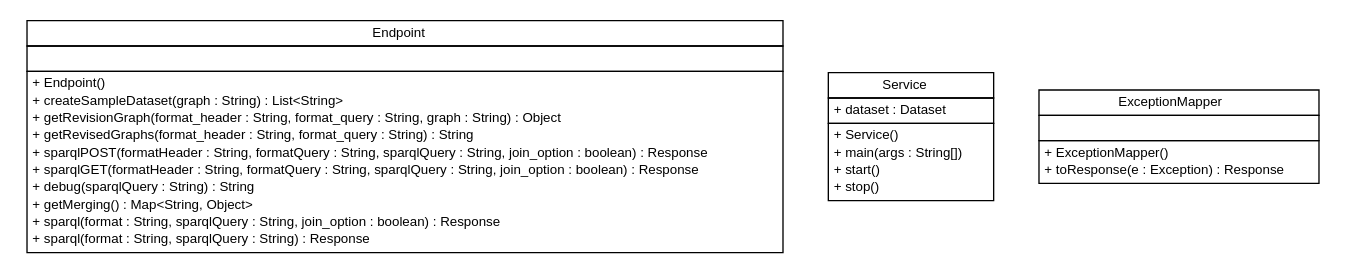
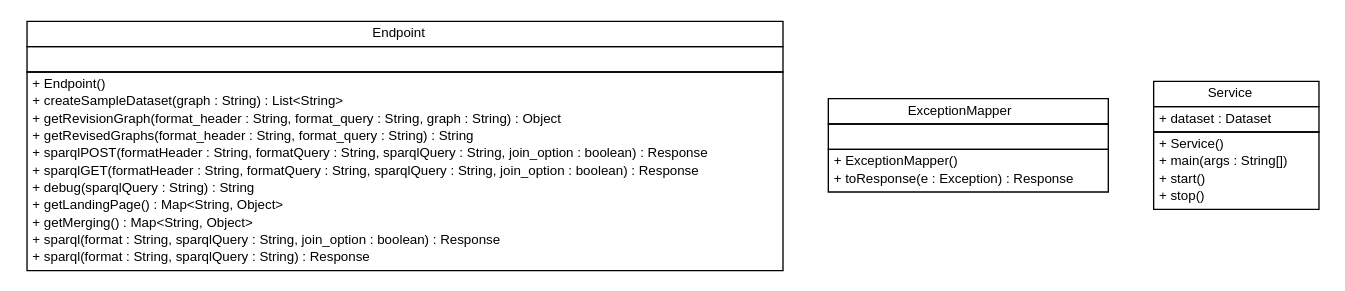
Before and after one commit to adrianorzyszek/r43ples: the diagram in site/apidocs/de/tud/plt/r43ples/webservice/de.tud.plt.r43ples.webservice.dot, drawn with Graphviz. The commit also changed 249 other files, not shown here.

```diff
--- a/site/apidocs/de/tud/plt/r43ples/webservice/de.tud.plt.r43ples.webservice.dot
+++ b/site/apidocs/de/tud/plt/r43ples/webservice/de.tud.plt.r43ples.webservice.dot
@@ -1,61 +1,62 @@
 #!/usr/local/bin/dot
 #
 # Class diagram 
 # Generated by UMLGraph version R5_6-24-gf6e263 (http://www.umlgraph.org/)
 #
 
 digraph G {
 	edge [fontname="Helvetica",fontsize=10,labelfontname="Helvetica",labelfontsize=10];
 	node [fontname="Helvetica",fontsize=10,shape=plaintext];
 	nodesep=0.25;
 	ranksep=0.5;
 	// de.tud.plt.r43ples.webservice.Endpoint
-	c169 [label=<<table title="de.tud.plt.r43ples.webservice.Endpoint" border="0" cellborder="1" cellspacing="0" cellpadding="2" port="p" href="./Endpoint.html">
+	c0 [label=<<table title="de.tud.plt.r43ples.webservice.Endpoint" border="0" cellborder="1" cellspacing="0" cellpadding="2" port="p" href="./Endpoint.html">
 		<tr><td><table border="0" cellspacing="0" cellpadding="1">
 <tr><td align="center" balign="center"> Endpoint </td></tr>
 		</table></td></tr>
 		<tr><td><table border="0" cellspacing="0" cellpadding="1">
 <tr><td align="left" balign="left">  </td></tr>
 		</table></td></tr>
 		<tr><td><table border="0" cellspacing="0" cellpadding="1">
 <tr><td align="left" balign="left"> + Endpoint() </td></tr>
 <tr><td align="left" balign="left"> + createSampleDataset(graph : String) : List&lt;String&gt; </td></tr>
 <tr><td align="left" balign="left"> + getRevisionGraph(format_header : String, format_query : String, graph : String) : Object </td></tr>
 <tr><td align="left" balign="left"> + getRevisedGraphs(format_header : String, format_query : String) : String </td></tr>
 <tr><td align="left" balign="left"> + sparqlPOST(formatHeader : String, formatQuery : String, sparqlQuery : String, join_option : boolean) : Response </td></tr>
 <tr><td align="left" balign="left"> + sparqlGET(formatHeader : String, formatQuery : String, sparqlQuery : String, join_option : boolean) : Response </td></tr>
 <tr><td align="left" balign="left"> + debug(sparqlQuery : String) : String </td></tr>
+<tr><td align="left" balign="left"> + getLandingPage() : Map&lt;String, Object&gt; </td></tr>
 <tr><td align="left" balign="left"> + getMerging() : Map&lt;String, Object&gt; </td></tr>
 <tr><td align="left" balign="left"> + sparql(format : String, sparqlQuery : String, join_option : boolean) : Response </td></tr>
 <tr><td align="left" balign="left"> + sparql(format : String, sparqlQuery : String) : Response </td></tr>
 		</table></td></tr>
 		</table>>, URL="./Endpoint.html", fontname="Helvetica", fontcolor="black", fontsize=10.0];
+	// de.tud.plt.r43ples.webservice.ExceptionMapper
+	c1 [label=<<table title="de.tud.plt.r43ples.webservice.ExceptionMapper" border="0" cellborder="1" cellspacing="0" cellpadding="2" port="p" href="./ExceptionMapper.html">
+		<tr><td><table border="0" cellspacing="0" cellpadding="1">
+<tr><td align="center" balign="center"> ExceptionMapper </td></tr>
+		</table></td></tr>
+		<tr><td><table border="0" cellspacing="0" cellpadding="1">
+<tr><td align="left" balign="left">  </td></tr>
+		</table></td></tr>
+		<tr><td><table border="0" cellspacing="0" cellpadding="1">
+<tr><td align="left" balign="left"> + ExceptionMapper() </td></tr>
+<tr><td align="left" balign="left"> + toResponse(e : Exception) : Response </td></tr>
+		</table></td></tr>
+		</table>>, URL="./ExceptionMapper.html", fontname="Helvetica", fontcolor="black", fontsize=10.0];
 	// de.tud.plt.r43ples.webservice.Service
-	c170 [label=<<table title="de.tud.plt.r43ples.webservice.Service" border="0" cellborder="1" cellspacing="0" cellpadding="2" port="p" href="./Service.html">
+	c2 [label=<<table title="de.tud.plt.r43ples.webservice.Service" border="0" cellborder="1" cellspacing="0" cellpadding="2" port="p" href="./Service.html">
 		<tr><td><table border="0" cellspacing="0" cellpadding="1">
 <tr><td align="center" balign="center"> Service </td></tr>
 		</table></td></tr>
 		<tr><td><table border="0" cellspacing="0" cellpadding="1">
 <tr><td align="left" balign="left"> + dataset : Dataset </td></tr>
 		</table></td></tr>
 		<tr><td><table border="0" cellspacing="0" cellpadding="1">
 <tr><td align="left" balign="left"> + Service() </td></tr>
 <tr><td align="left" balign="left"> + main(args : String[]) </td></tr>
 <tr><td align="left" balign="left"> + start() </td></tr>
 <tr><td align="left" balign="left"> + stop() </td></tr>
 		</table></td></tr>
 		</table>>, URL="./Service.html", fontname="Helvetica", fontcolor="black", fontsize=10.0];
-	// de.tud.plt.r43ples.webservice.ExceptionMapper
-	c171 [label=<<table title="de.tud.plt.r43ples.webservice.ExceptionMapper" border="0" cellborder="1" cellspacing="0" cellpadding="2" port="p" href="./ExceptionMapper.html">
-		<tr><td><table border="0" cellspacing="0" cellpadding="1">
-<tr><td align="center" balign="center"> ExceptionMapper </td></tr>
-		</table></td></tr>
-		<tr><td><table border="0" cellspacing="0" cellpadding="1">
-<tr><td align="left" balign="left">  </td></tr>
-		</table></td></tr>
-		<tr><td><table border="0" cellspacing="0" cellpadding="1">
-<tr><td align="left" balign="left"> + ExceptionMapper() </td></tr>
-<tr><td align="left" balign="left"> + toResponse(e : Exception) : Response </td></tr>
-		</table></td></tr>
-		</table>>, URL="./ExceptionMapper.html", fontname="Helvetica", fontcolor="black", fontsize=10.0];
 }
```
